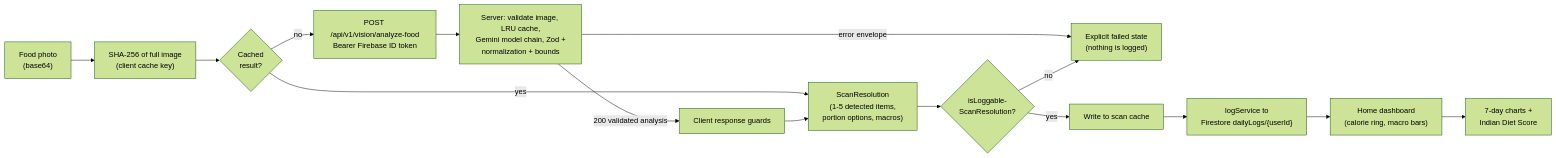
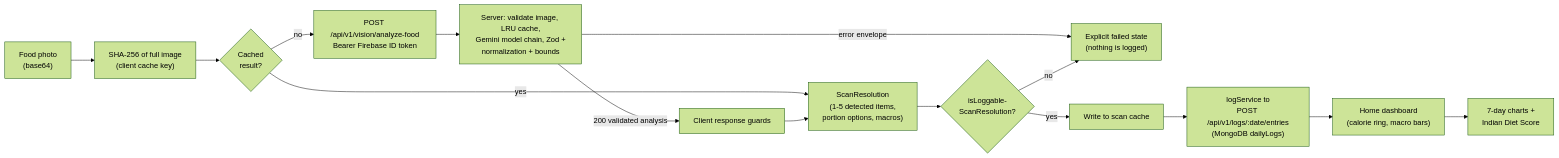
The second of 2 diagrams in README.md (rushikeshmalgan/Sattava), drawn with Mermaid (forest theme) before and after one commit. The commit also changed other lines of this file and 2 other files, not shown here.

First line of the commit message:
docs: describe the MongoDB setup, the web dev flow and what was verified

````diff
--- a/README.md
+++ b/README.md
@@ -122,17 +124,17 @@
 ```mermaid
 flowchart LR
     Photo["Food photo<br/>(base64)"] --> Hash["SHA-256 of full image<br/>(client cache key)"]
     Hash --> Cache{"Cached<br/>result?"}
     Cache -- yes --> Resolution
     Cache -- no --> Api["POST /api/v1/vision/analyze-food<br/>Bearer Firebase ID token"]
     Api --> Server["Server: validate image, LRU cache,<br/>Gemini model chain, Zod +<br/>normalization + bounds"]
     Server -->|"200 validated analysis"| Guard["Client response guards"]
     Server -->|"error envelope"| Failed["Explicit failed state<br/>(nothing is logged)"]
     Guard --> Resolution["ScanResolution<br/>(1-5 detected items,<br/>portion options, macros)"]
     Resolution --> Loggable{"isLoggable-<br/>ScanResolution?"}
     Loggable -- no --> Failed
     Loggable -- yes --> SetCache["Write to scan cache"]
-    SetCache --> Log["logService to<br/>Firestore dailyLogs/{userId}"]
+    SetCache --> Log["logService to<br/>POST /api/v1/logs/:date/entries<br/>(MongoDB dailyLogs)"]
     Log --> Dashboard["Home dashboard<br/>(calorie ring, macro bars)"]
     Dashboard --> Analytics["7-day charts +<br/>Indian Diet Score"]
 ```
````
